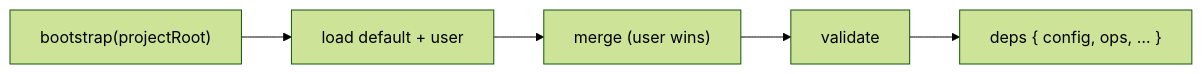
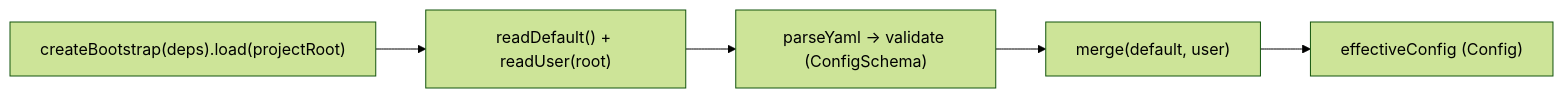
One commit to chafoo/anchored changed the diagram in docs/core/config/bootstrap.md. Above: the diagram before and after it, drawn with Mermaid (forest theme). The commit also changed other lines of this file and 65 other files, not shown here.

````diff
--- a/docs/core/config/bootstrap.md
+++ b/docs/core/config/bootstrap.md
@@ -19,7 +25,7 @@
 ```mermaid
 flowchart LR
-    boot["bootstrap(projectRoot)"] --> load["load default + user"]
-    load --> mg["merge (user wins)"]
-    mg --> val["validate"]
-    val --> deps["deps { config, ops, … }"]
+    boot["createBootstrap(deps).load(projectRoot)"] --> rd["readDefault() + readUser(root)"]
+    rd --> pv["parseYaml → validate (ConfigSchema)"]
+    pv --> mg["merge(default, user)"]
+    mg --> eff["effectiveConfig (Config)"]
 ```
````
